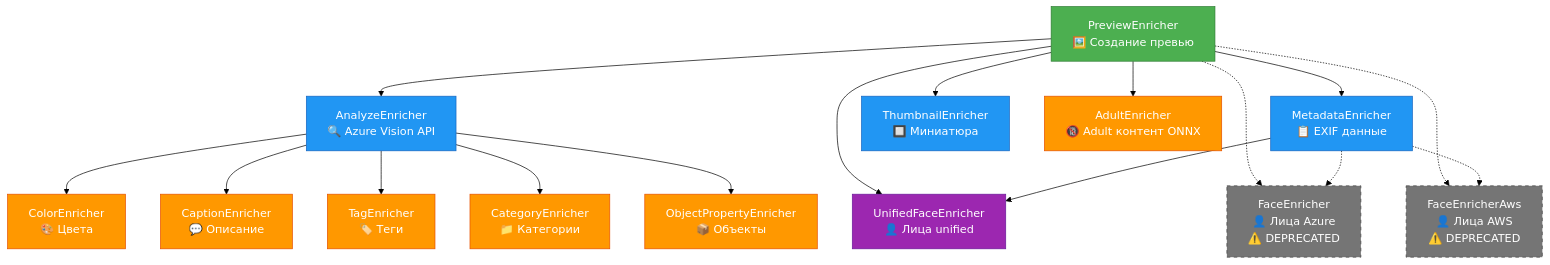
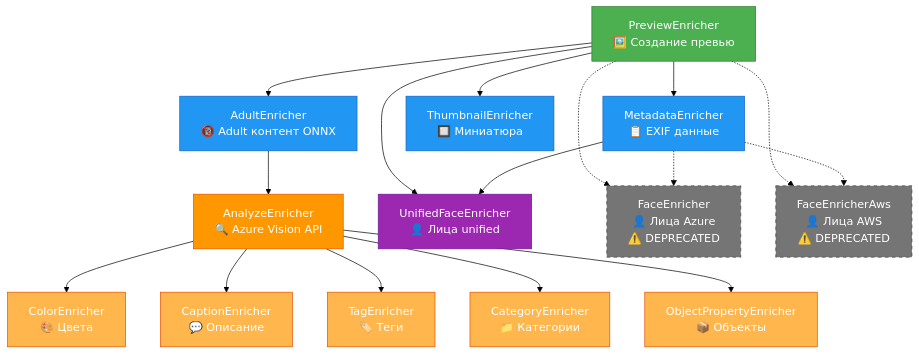
Before and after one commit to makhin/PhotoBank: the first of 2 diagrams in docs/enricher-dependency-diagram.md, drawn with Mermaid (forest theme). The commit also changed other lines of this file and 3 other files, not shown here.

Commit message:
fix: make analyze enricher depend on adult check

````diff
--- a/docs/enricher-dependency-diagram.md
+++ b/docs/enricher-dependency-diagram.md
@@ -5,44 +5,46 @@
 ```mermaid
 graph TD
     %% Корневой энричер
     Preview[PreviewEnricher<br/>🖼️ Создание превью]
 
     %% Энричеры первого уровня
-    Preview --> Analyze[AnalyzeEnricher<br/>🔍 Azure Vision API]
+    Preview --> Adult[AdultEnricher<br/>🔞 Adult контент ONNX]
     Preview --> Metadata[MetadataEnricher<br/>📋 EXIF данные]
     Preview --> Thumbnail[ThumbnailEnricher<br/>🔲 Миниатюра]
 
-    %% Энричеры второго уровня (зависят от Analyze)
+    %% Энричеры второго уровня (зависят от Adult)
+    Adult --> Analyze[AnalyzeEnricher<br/>🔍 Azure Vision API]
+
+    %% Энричеры третьего уровня (зависят от Analyze)
     Analyze --> Color[ColorEnricher<br/>🎨 Цвета]
     Analyze --> Caption[CaptionEnricher<br/>💬 Описание]
     Analyze --> Tag[TagEnricher<br/>🏷️ Теги]
     Analyze --> Category[CategoryEnricher<br/>📁 Категории]
     Analyze --> Object[ObjectPropertyEnricher<br/>📦 Объекты]
-
-    %% AdultEnricher использует ONNX и зависит от Preview
-    Preview --> Adult[AdultEnricher<br/>🔞 Adult контент ONNX]
 
     %% Энричер с двойной зависимостью
     Preview --> UnifiedFace[UnifiedFaceEnricher<br/>👤 Лица unified]
     Metadata --> UnifiedFace
 
     %% Устаревшие энричеры
     Preview -.-> FaceOld[FaceEnricher<br/>👤 Лица Azure<br/>⚠️ DEPRECATED]
     Metadata -.-> FaceOld
 
     Preview -.-> FaceAws[FaceEnricherAws<br/>👤 Лица AWS<br/>⚠️ DEPRECATED]
     Metadata -.-> FaceAws
 
     %% Стили
     classDef root fill:#4CAF50,stroke:#2E7D32,color:#fff
     classDef level1 fill:#2196F3,stroke:#1565C0,color:#fff
     classDef level2 fill:#FF9800,stroke:#E65100,color:#fff
+    classDef level3 fill:#FFB74D,stroke:#E65100,color:#fff
     classDef unified fill:#9C27B0,stroke:#6A1B9A,color:#fff
     classDef deprecated fill:#757575,stroke:#424242,color:#fff,stroke-dasharray: 5 5
 
     class Preview root
-    class Analyze,Metadata,Thumbnail level1
-    class Color,Caption,Adult,Tag,Category,Object level2
+    class Metadata,Thumbnail,Adult level1
+    class Analyze level2
+    class Color,Caption,Tag,Category,Object level3
     class UnifiedFace unified
     class FaceOld,FaceAws deprecated
 ```
````
